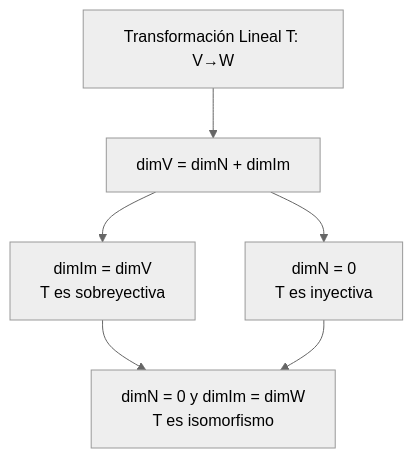
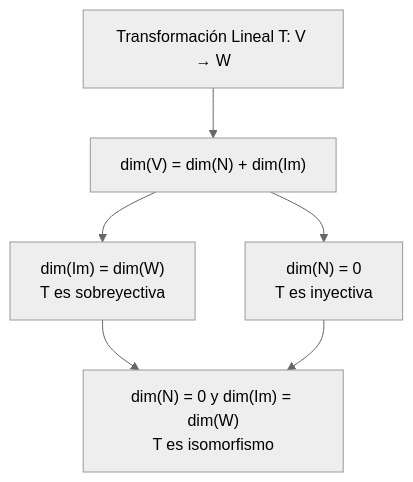
One commit to djaimej/computer-science-template changed the second of 2 diagrams in public/documents/semester-3/1/3131.md. Above: the diagram before and after it, drawn with Mermaid (neutral theme). The commit also changed other lines of this file and 34 other files, not shown here.

````diff
--- a/public/documents/semester-3/1/3131.md
+++ b/public/documents/semester-3/1/3131.md
@@ -218,12 +200,9 @@
 ```mermaid
 graph TD
-A[Transformación Lineal T: V→W] --> B[dimV = dimN + dimIm]
-B --> C[dimIm = dimV
-T es sobreyectiva]
-B --> D[dimN = 0
-T es inyectiva]
-C & D --> E[dimN = 0 y dimIm = dimW
-T es isomorfismo]
+A["Transformación Lineal T: V → W"] --> B["dim(V) = dim(N) + dim(Im)"]
+B --> C["dim(Im) = dim(W)<br>T es sobreyectiva"]
+B --> D["dim(N) = 0<br>T es inyectiva"]
+C & D --> E["dim(N) = 0 y dim(Im) = dim(W)<br>T es isomorfismo"]
 
 E:::accent
 ```
````
